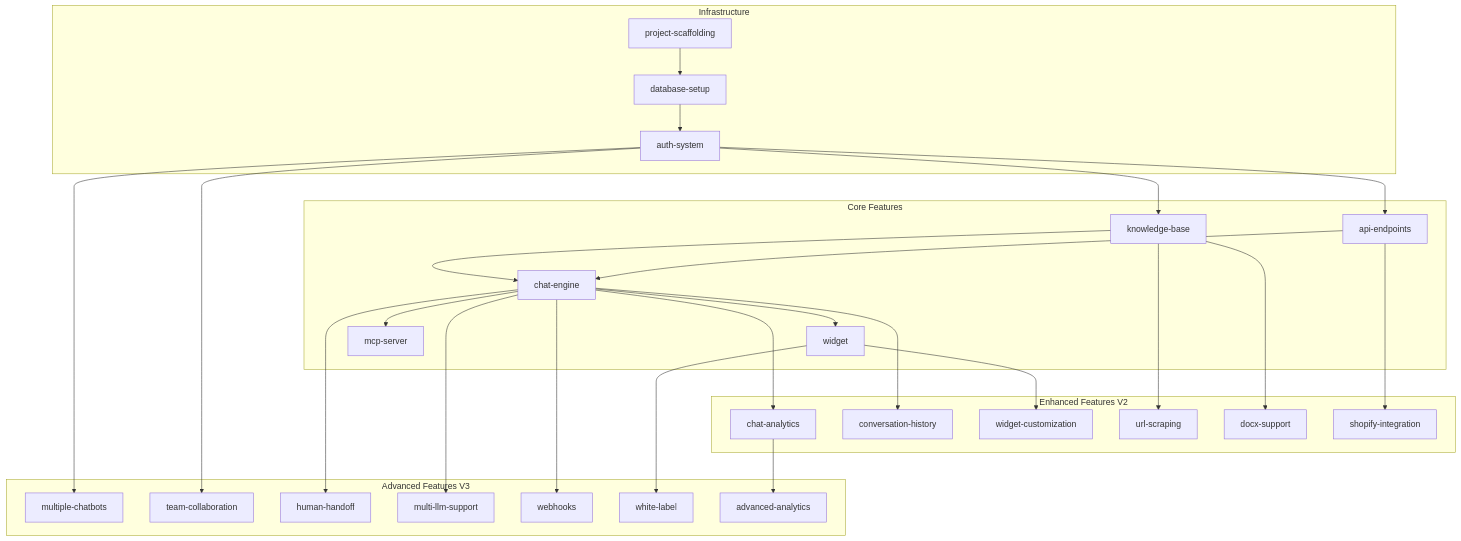
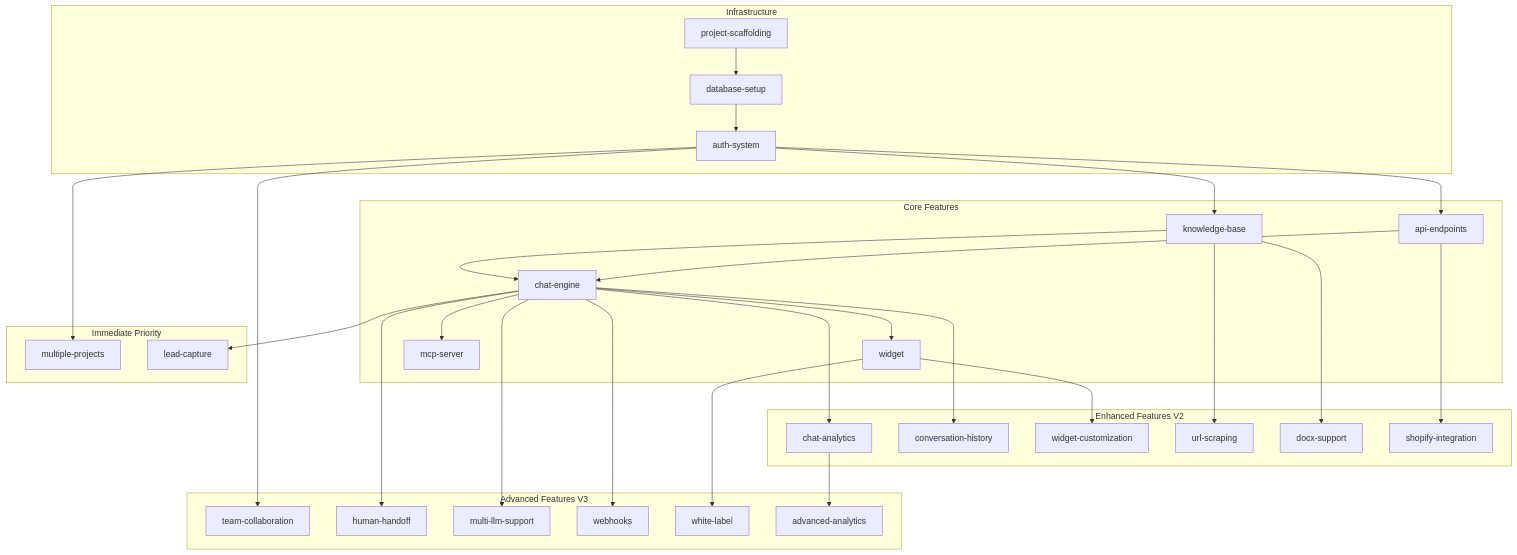
The diagram in docs/product/features/_index.md (munam-tariq/cover), drawn with Mermaid before and after one commit. The commit also changed other lines of this file and 36 other files, not shown here.

````diff
--- a/docs/product/features/_index.md
+++ b/docs/product/features/_index.md
@@ -23,35 +23,39 @@
 ```mermaid
 graph TD
     subgraph Infrastructure
         A[project-scaffolding] --> B[database-setup]
         B --> C[auth-system]
     end
 
     subgraph Core Features
         C --> D[knowledge-base]
         C --> E[api-endpoints]
         D --> F[chat-engine]
         E --> F
         F --> G[widget]
         F --> H[mcp-server]
     end
 
+    subgraph Immediate Priority
+        C --> MP[multiple-projects]
+        F --> LC[lead-capture]
+    end
+
     subgraph Enhanced Features V2
         F --> I[chat-analytics]
         F --> J[conversation-history]
         G --> K[widget-customization]
         D --> L[url-scraping]
         D --> M[docx-support]
         E --> N[shopify-integration]
     end
 
     subgraph Advanced Features V3
-        C --> O[multiple-chatbots]
         C --> P[team-collaboration]
         F --> Q[human-handoff]
         F --> R[multi-llm-support]
         F --> S[webhooks]
         G --> T[white-label]
         I --> U[advanced-analytics]
     end
 ```
````
